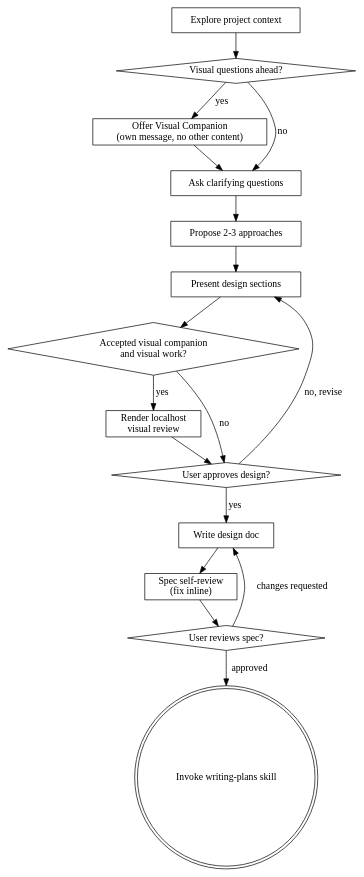
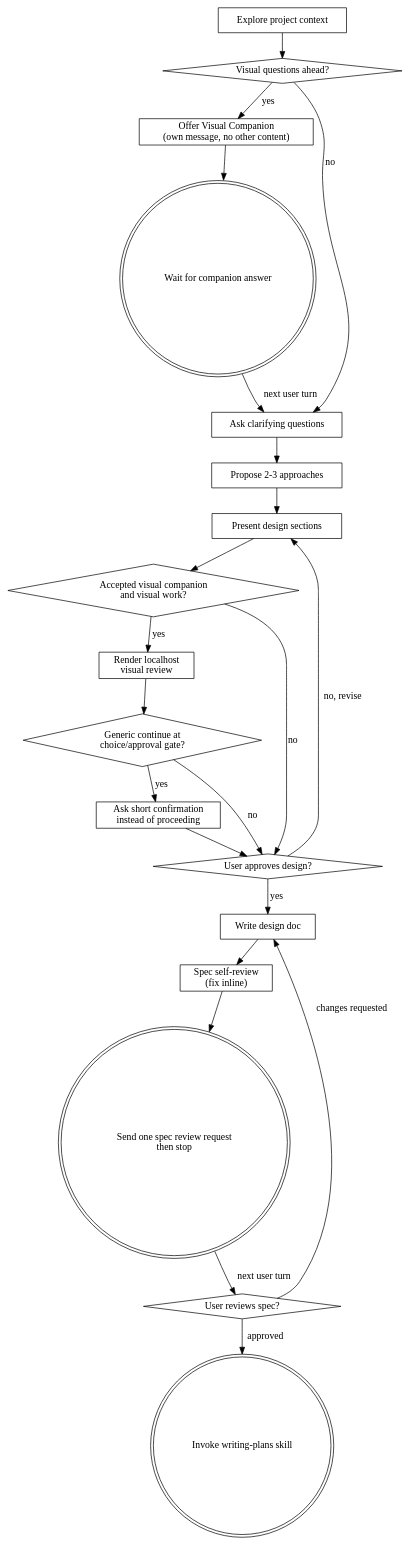
Before and after one commit to Penz7/superpowers-mcp-augment: the diagram in plugins/superpowers-mcp-augment/skills/brainstorming/SKILL.md, drawn with Graphviz. The commit also changed other lines of this file and 17 other files, not shown here.

````diff
--- a/plugins/superpowers-mcp-augment/skills/brainstorming/SKILL.md
+++ b/plugins/superpowers-mcp-augment/skills/brainstorming/SKILL.md
@@ -50,34 +66,43 @@
 ```dot
 digraph brainstorming {
     "Explore project context" [shape=box];
     "Visual questions ahead?" [shape=diamond];
     "Offer Visual Companion\n(own message, no other content)" [shape=box];
+    "Wait for companion answer" [shape=doublecircle];
     "Ask clarifying questions" [shape=box];
     "Propose 2-3 approaches" [shape=box];
     "Present design sections" [shape=box];
     "Accepted visual companion\nand visual work?" [shape=diamond];
     "Render localhost\nvisual review" [shape=box];
+    "Generic continue at\nchoice/approval gate?" [shape=diamond];
+    "Ask short confirmation\ninstead of proceeding" [shape=box];
     "User approves design?" [shape=diamond];
     "Write design doc" [shape=box];
     "Spec self-review\n(fix inline)" [shape=box];
+    "Send one spec review request\nthen stop" [shape=doublecircle];
     "User reviews spec?" [shape=diamond];
     "Invoke writing-plans skill" [shape=doublecircle];
 
     "Explore project context" -> "Visual questions ahead?";
     "Visual questions ahead?" -> "Offer Visual Companion\n(own message, no other content)" [label="yes"];
     "Visual questions ahead?" -> "Ask clarifying questions" [label="no"];
-    "Offer Visual Companion\n(own message, no other content)" -> "Ask clarifying questions";
+    "Offer Visual Companion\n(own message, no other content)" -> "Wait for companion answer";
+    "Wait for companion answer" -> "Ask clarifying questions" [label="next user turn"];
     "Ask clarifying questions" -> "Propose 2-3 approaches";
     "Propose 2-3 approaches" -> "Present design sections";
     "Present design sections" -> "Accepted visual companion\nand visual work?";
     "Accepted visual companion\nand visual work?" -> "Render localhost\nvisual review" [label="yes"];
     "Accepted visual companion\nand visual work?" -> "User approves design?" [label="no"];
-    "Render localhost\nvisual review" -> "User approves design?";
+    "Render localhost\nvisual review" -> "Generic continue at\nchoice/approval gate?";
+    "Generic continue at\nchoice/approval gate?" -> "Ask short confirmation\ninstead of proceeding" [label="yes"];
+    "Ask short confirmation\ninstead of proceeding" -> "User approves design?";
+    "Generic continue at\nchoice/approval gate?" -> "User approves design?" [label="no"];
     "User approves design?" -> "Present design sections" [label="no, revise"];
     "User approves design?" -> "Write design doc" [label="yes"];
     "Write design doc" -> "Spec self-review\n(fix inline)";
-    "Spec self-review\n(fix inline)" -> "User reviews spec?";
+    "Spec self-review\n(fix inline)" -> "Send one spec review request\nthen stop";
+    "Send one spec review request\nthen stop" -> "User reviews spec?" [label="next user turn"];
     "User reviews spec?" -> "Write design doc" [label="changes requested"];
     "User reviews spec?" -> "Invoke writing-plans skill" [label="approved"];
 }
 ```
````
